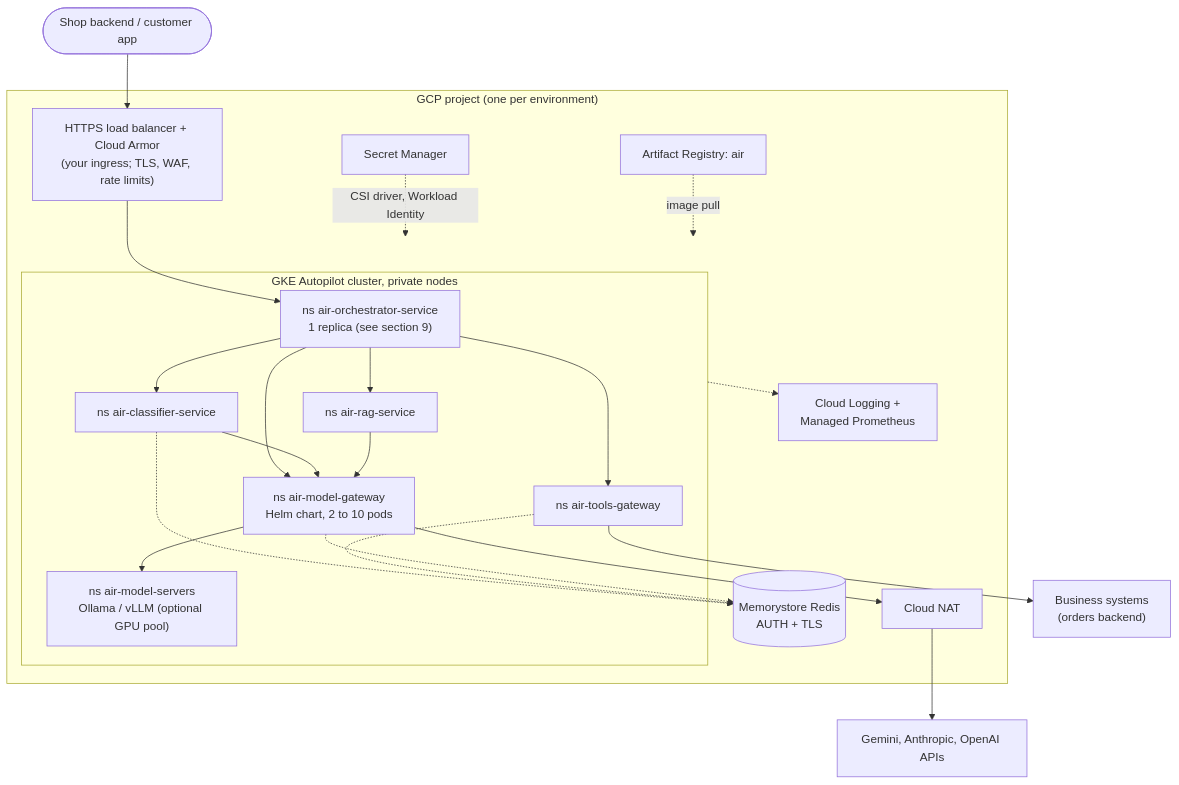
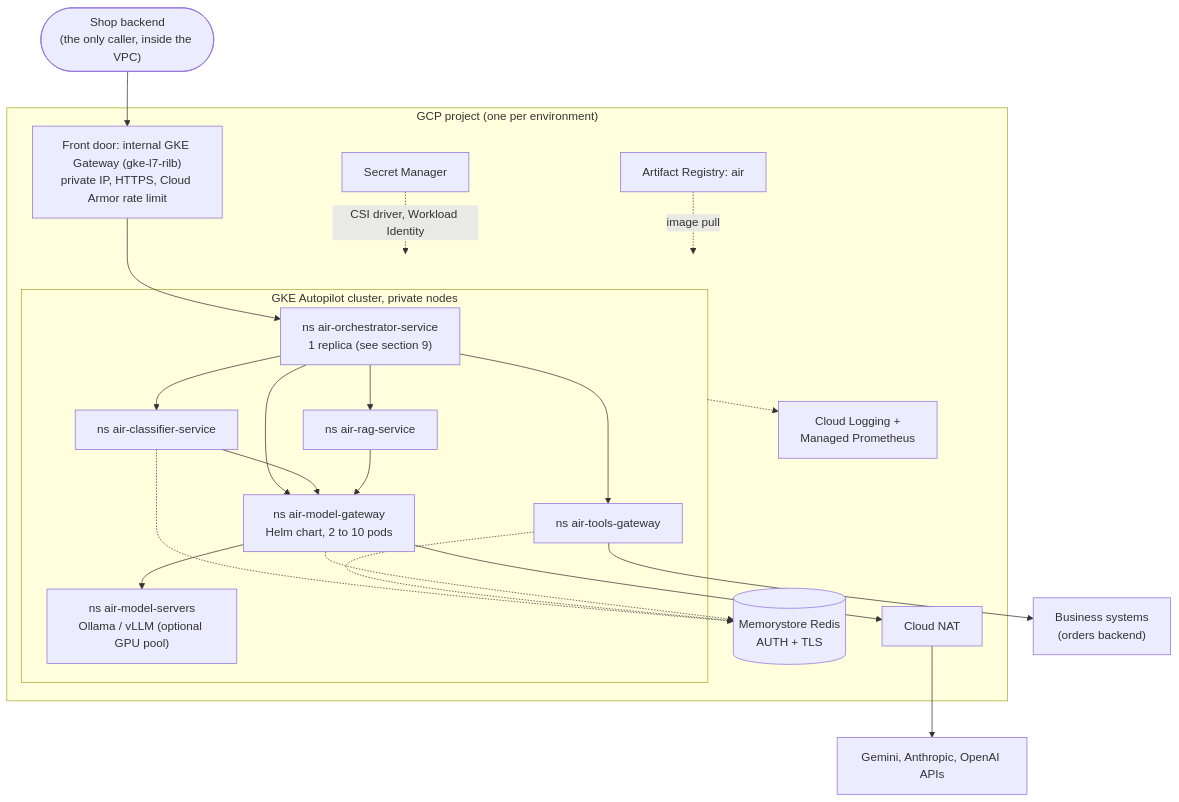
Before and after one commit to bookbee/air-infrastructure-service: the diagram in docs/02-gcp-deployment.md, drawn with Mermaid. The commit also changed other lines of this file and 27 other files, not shown here.

````diff
--- a/docs/02-gcp-deployment.md
+++ b/docs/02-gcp-deployment.md
@@ -68,43 +68,43 @@
 ```mermaid
 flowchart TB
-    client(["Shop backend / customer app"])
+    client(["Shop backend<br/>(the only caller, inside the VPC)"])
 
     subgraph gcp["GCP project (one per environment)"]
-        lb["HTTPS load balancer + Cloud Armor<br/>(your ingress; TLS, WAF, rate limits)"]
+        lb["Front door: internal GKE Gateway (gke-l7-rilb)<br/>private IP, HTTPS, Cloud Armor rate limit"]
 
         subgraph gke["GKE Autopilot cluster, private nodes"]
             orch["ns air-orchestrator-service<br/>1 replica (see section 9)"]
             clf["ns air-classifier-service"]
             rag["ns air-rag-service"]
             tools["ns air-tools-gateway"]
             gw["ns air-model-gateway<br/>Helm chart, 2 to 10 pods"]
             ms["ns air-model-servers<br/>Ollama / vLLM (optional GPU pool)"]
         end
 
         redis[("Memorystore Redis<br/>AUTH + TLS")]
         sm["Secret Manager"]
         ar["Artifact Registry: air"]
         mon["Cloud Logging +<br/>Managed Prometheus"]
         nat["Cloud NAT"]
     end
 
     ext["Gemini, Anthropic, OpenAI APIs"]
     biz["Business systems<br/>(orders backend)"]
 
     client --> lb --> orch
     orch --> clf
     orch --> rag
     orch --> tools
     orch --> gw
     clf --> gw
     rag --> gw
     gw --> ms
     gw --> nat --> ext
     tools --> biz
     clf -.-> redis
     tools -.-> redis
     gw -.-> redis
     sm -.->|"CSI driver, Workload Identity"| gke
     ar -.->|"image pull"| gke
     gke -.-> mon
 ```
````
